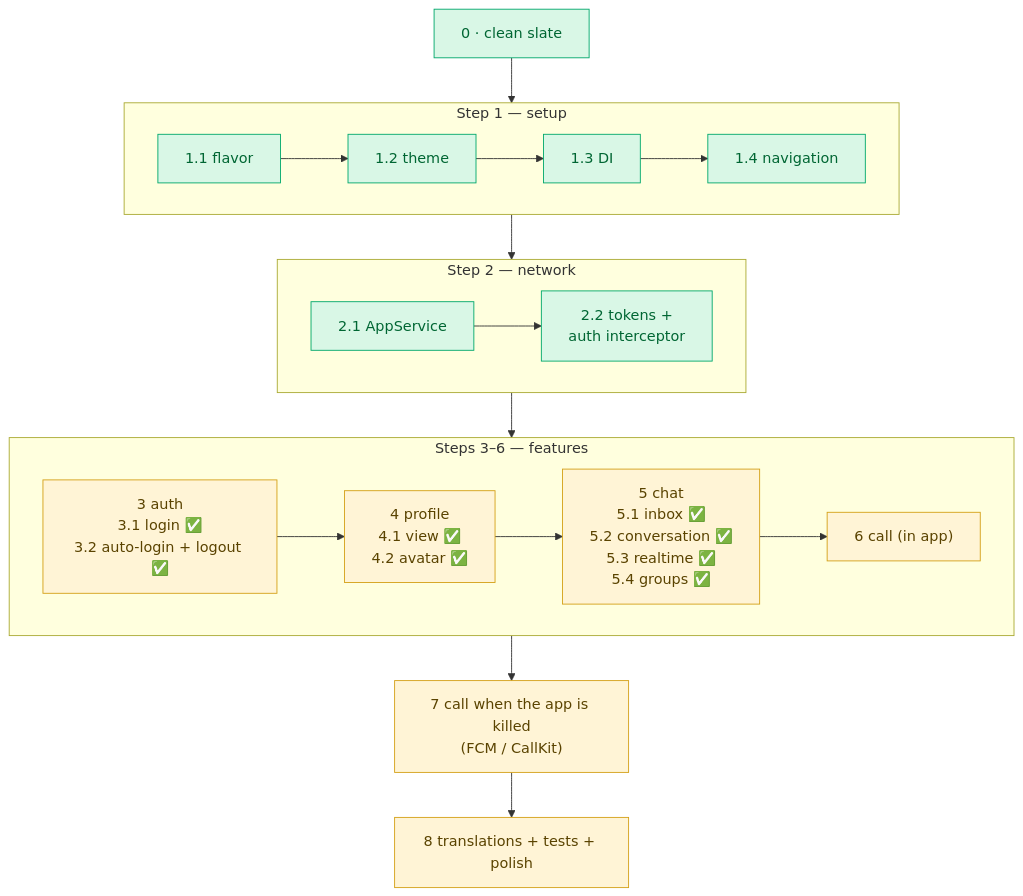
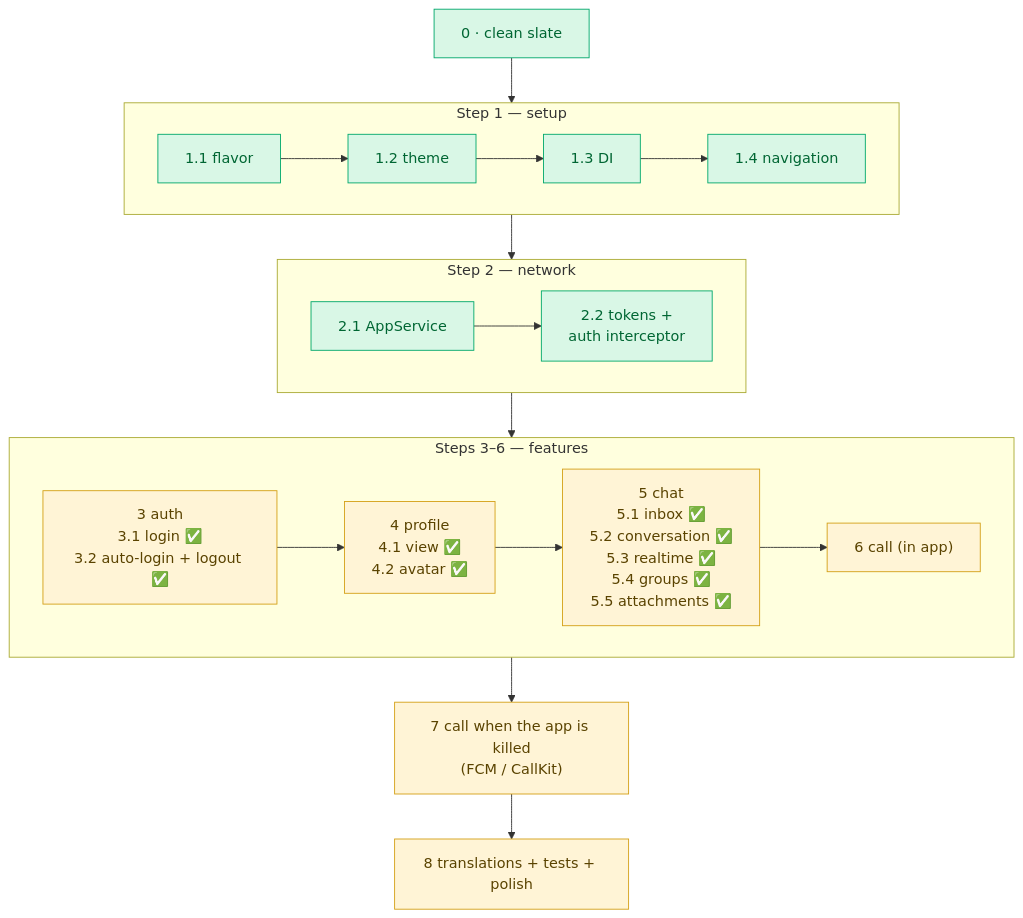
The third of 3 diagrams in docs/learning/REBUILD/README.md (krouchvanyda/erp_flutter_claude), drawn with Mermaid before and after one commit. The commit also changed other lines of this file and 33 other files, not shown here.

First line of the commit message:
feat(chat): add support for file, image, and voice message attachments

````diff
--- a/docs/learning/REBUILD/README.md
+++ b/docs/learning/REBUILD/README.md
@@ -73,26 +73,26 @@
 ```mermaid
 flowchart TD
     S0["0 · clean slate"] --> STEP1
     subgraph STEP1["Step 1 — setup"]
         direction LR
         S11["1.1 flavor"] --> S12["1.2 theme"] --> S13["1.3 DI"] --> S14["1.4 navigation"]
     end
     STEP1 --> STEP2
     subgraph STEP2["Step 2 — network"]
         direction LR
         S21["2.1 AppService"] --> S22["2.2 tokens +<br/>auth interceptor"]
     end
     STEP2 --> FEATS
     subgraph FEATS["Steps 3–6 — features"]
         direction LR
-        S3["3 auth<br/>3.1 login ✅<br/>3.2 auto-login + logout ✅"] --> S4["4 profile<br/>4.1 view ✅<br/>4.2 avatar ✅"] --> S5["5 chat<br/>5.1 inbox ✅<br/>5.2 conversation ✅<br/>5.3 realtime ✅<br/>5.4 groups ✅"] --> S6["6 call (in app)"]
+        S3["3 auth<br/>3.1 login ✅<br/>3.2 auto-login + logout ✅"] --> S4["4 profile<br/>4.1 view ✅<br/>4.2 avatar ✅"] --> S5["5 chat<br/>5.1 inbox ✅<br/>5.2 conversation ✅<br/>5.3 realtime ✅<br/>5.4 groups ✅<br/>5.5 attachments ✅"] --> S6["6 call (in app)"]
     end
     FEATS --> S7["7 call when the app is killed<br/>(FCM / CallKit)"] --> S8["8 translations + tests + polish"]
     class S0,S11,S12,S13,S14,S21,S22 ok
     class S3,S4,S5,S6,S7,S8 wait
     classDef app fill:#dbe9ff,stroke:#3b6fd8,color:#123
     classDef ok fill:#d9f7e6,stroke:#00a86b,color:#063
     classDef wait fill:#fff4d6,stroke:#d4a017,color:#5a4300
     classDef none fill:#eeeeee,stroke:#999,color:#555
     classDef err fill:#fde2e2,stroke:#d64545,color:#611
 ```
````
